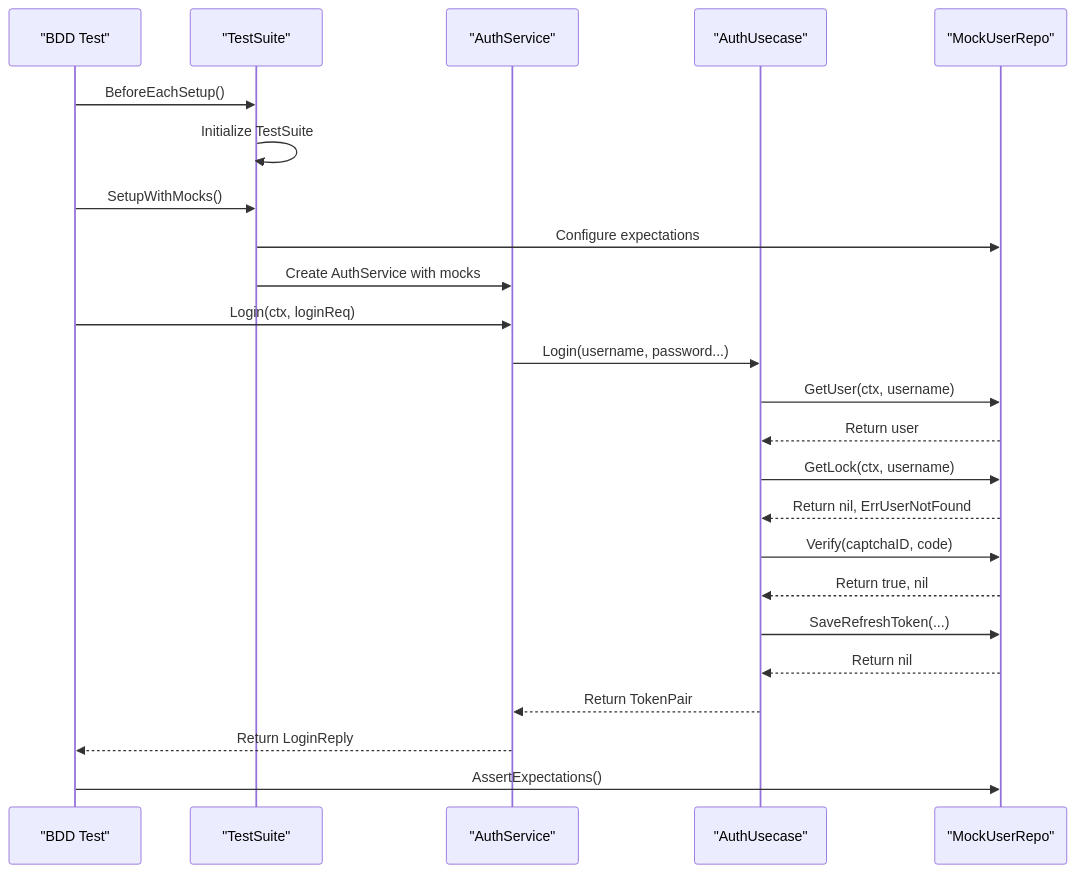
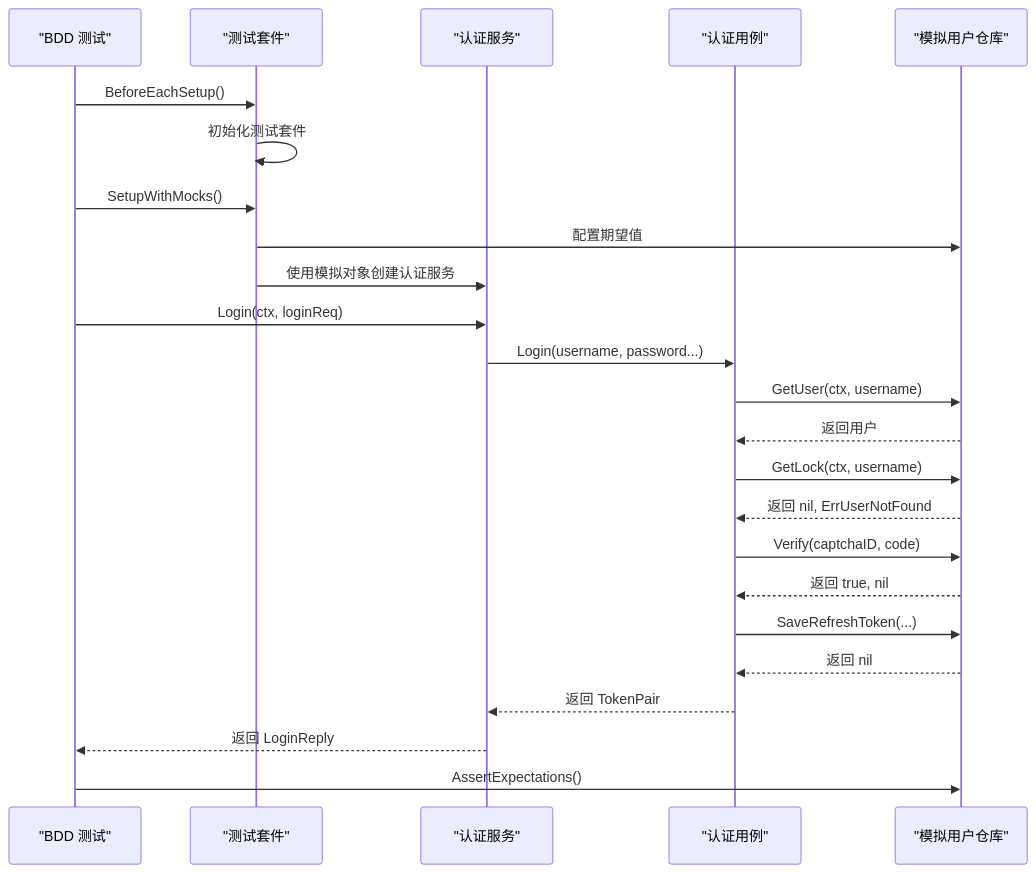
The second of 4 diagrams in .qoder/repowiki/zh/content/Testing Strategy/Testing Strategy.md (26huitailang/kratos-boilerplate), drawn with Mermaid before and after one commit. The commit also changed other lines of this file and 31 other files, not shown here.

````diff
--- a/.qoder/repowiki/zh/content/Testing Strategy/Testing Strategy.md
+++ b/.qoder/repowiki/zh/content/Testing Strategy/Testing Strategy.md
@@ -78,26 +87,26 @@
 ```mermaid
 sequenceDiagram
-participant Test as "BDD Test"
-participant Suite as "TestSuite"
-participant Service as "AuthService"
-participant Usecase as "AuthUsecase"
-participant MockRepo as "MockUserRepo"
+participant Test as "BDD 测试"
+participant Suite as "测试套件"
+participant Service as "认证服务"
+participant Usecase as "认证用例"
+participant MockRepo as "模拟用户仓库"
 Test->>Suite : BeforeEachSetup()
-Suite->>Suite : Initialize TestSuite
+Suite->>Suite : 初始化测试套件
 Test->>Suite : SetupWithMocks()
-Suite->>MockRepo : Configure expectations
-Suite->>Service : Create AuthService with mocks
+Suite->>MockRepo : 配置期望值
+Suite->>Service : 使用模拟对象创建认证服务
 Test->>Service : Login(ctx, loginReq)
 Service->>Usecase : Login(username, password...)
 Usecase->>MockRepo : GetUser(ctx, username)
-MockRepo-->>Usecase : Return user
+MockRepo-->>Usecase : 返回用户
 Usecase->>MockRepo : GetLock(ctx, username)
-MockRepo-->>Usecase : Return nil, ErrUserNotFound
+MockRepo-->>Usecase : 返回 nil, ErrUserNotFound
 Usecase->>MockRepo : Verify(captchaID, code)
-MockRepo-->>Usecase : Return true, nil
+MockRepo-->>Usecase : 返回 true, nil
 Usecase->>MockRepo : SaveRefreshToken(...)
-MockRepo-->>Usecase : Return nil
-Usecase-->>Service : Return TokenPair
-Service-->>Test : Return LoginReply
+MockRepo-->>Usecase : 返回 nil
+Usecase-->>Service : 返回 TokenPair
+Service-->>Test : 返回 LoginReply
 Test->>MockRepo : AssertExpectations()
 ```
````
